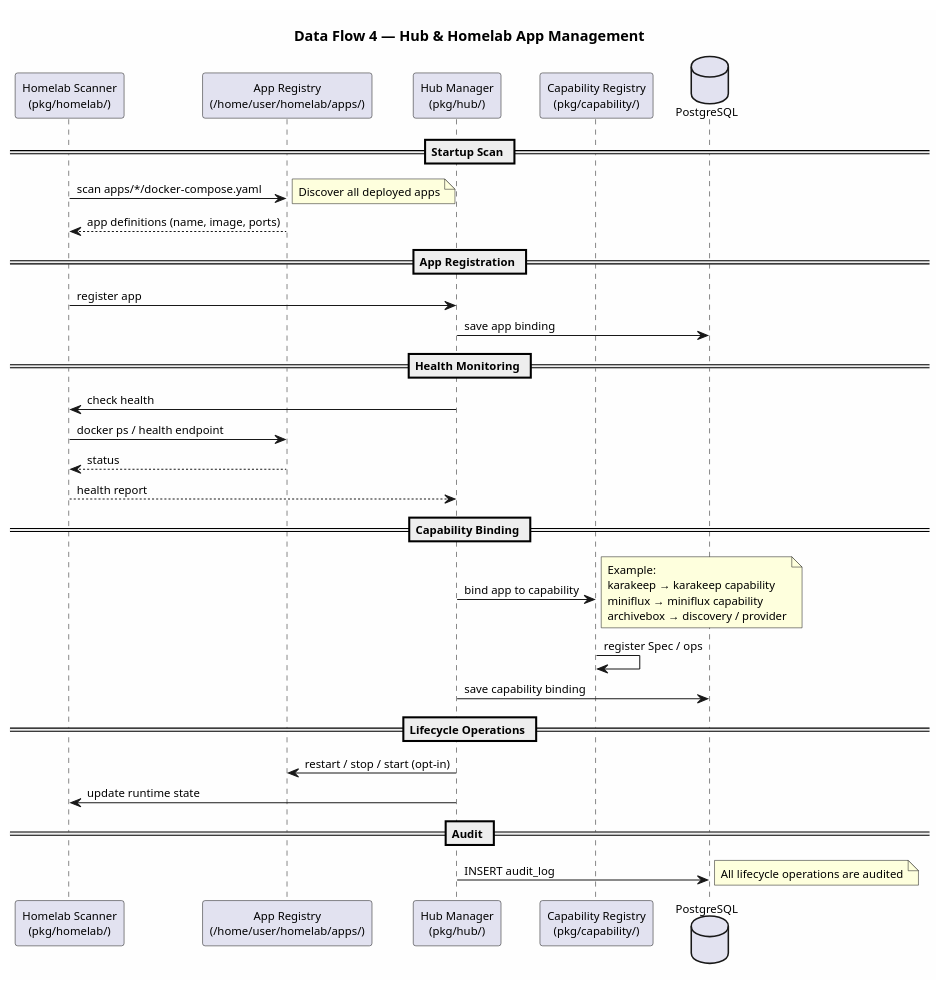
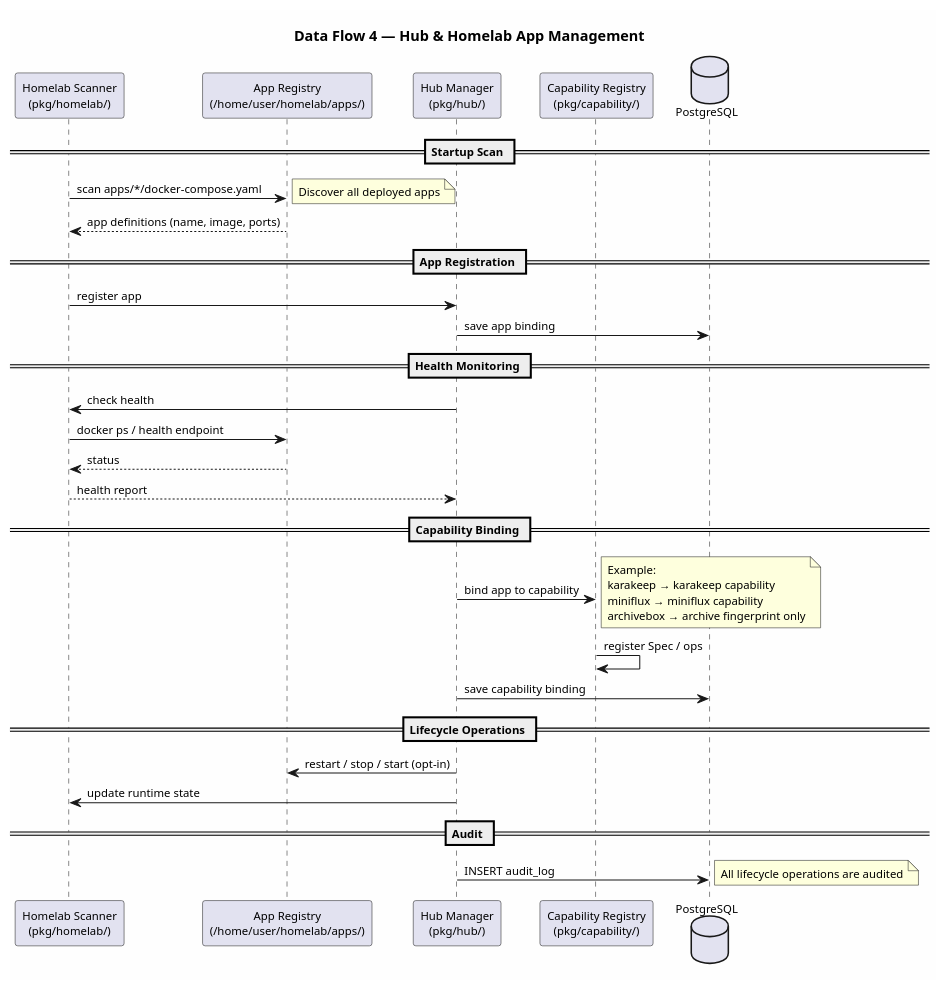
Before and after one commit to flowline-io/flowbot: the fourth of 5 diagrams in docs/architecture/dataflow.puml, drawn with PlantUML. The commit also changed 26 other files, not shown here.

```diff
--- a/docs/architecture/dataflow.puml
+++ b/docs/architecture/dataflow.puml
@@ -170,53 +170,53 @@
 @startuml Data Flow — Hub & Homelab Management
 ' =============================================================================
 ' Flow 4: Homelab Scan → App Registry → Hub → Capability Binding
 ' =============================================================================
 
 skinparam backgroundColor #FEFEFE
 skinparam defaultFontSize 11
 
 title Data Flow 4 — Hub & Homelab App Management
 
 participant "Homelab Scanner\n(pkg/homelab/)" as Scanner
 participant "App Registry\n(/home/user/homelab/apps/)" as Registry
 participant "Hub Manager\n(pkg/hub/)" as Hub
 participant "Capability Registry\n(pkg/capability/)" as CapRegistry
 database PostgreSQL
 
 == Startup Scan ==
 Scanner -> Registry : scan apps/*/docker-compose.yaml
 note right: Discover all deployed apps
 
 Registry --> Scanner : app definitions (name, image, ports)
 
 == App Registration ==
 Scanner -> Hub : register app
 Hub -> PostgreSQL : save app binding
 
 == Health Monitoring ==
 Hub -> Scanner : check health
 Scanner -> Registry : docker ps / health endpoint
 Registry --> Scanner : status
 Scanner --> Hub : health report
 
 == Capability Binding ==
 Hub -> CapRegistry : bind app to capability
 note right
   Example:
   karakeep → karakeep capability
   miniflux → miniflux capability
-  archivebox → discovery / provider
+  archivebox → archive fingerprint only
 end note
 
 CapRegistry -> CapRegistry : register Spec / ops
 Hub -> PostgreSQL : save capability binding
 
 == Lifecycle Operations ==
 Hub -> Registry : restart / stop / start (opt-in)
 Hub -> Scanner : update runtime state
 
 == Audit ==
 Hub -> PostgreSQL : INSERT audit_log
 note right: All lifecycle operations are audited
 
 @enduml
```
